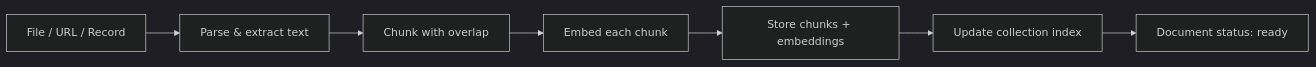
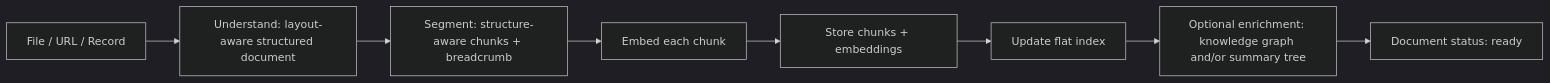
Before and after one commit to teratron/cronus: the first of 2 diagrams in .design/main/specifications/l1-knowledge-base.md, drawn with Mermaid (dark theme). The commit also changed other lines of this file and 7 other files, not shown here.

First line of the commit message:
Add specifications for content segmentation, document understanding, hierarchical summarization, and knowledge graph

````diff
--- a/.design/main/specifications/l1-knowledge-base.md
+++ b/.design/main/specifications/l1-knowledge-base.md
@@ -106,9 +114,10 @@
 ```mermaid
 graph LR
-    IN[File / URL / Record] --> PARSE[Parse & extract text]
-    PARSE --> CHUNK[Chunk with overlap]
-    CHUNK --> EMBED[Embed each chunk]
+    IN[File / URL / Record] --> UNDERSTAND[Understand: layout-aware structured document]
+    UNDERSTAND --> SEGMENT[Segment: structure-aware chunks + breadcrumb]
+    SEGMENT --> EMBED[Embed each chunk]
     EMBED --> STORE[Store chunks + embeddings]
-    STORE --> IDX[Update collection index]
-    IDX --> READY[Document status: ready]
+    STORE --> IDX[Update flat index]
+    IDX --> ENRICH[Optional enrichment: knowledge graph and/or summary tree]
+    ENRICH --> READY[Document status: ready]
 ```
````
